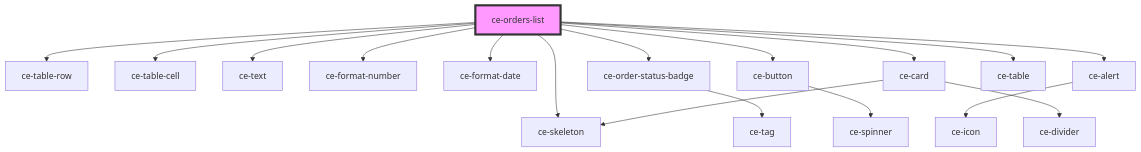
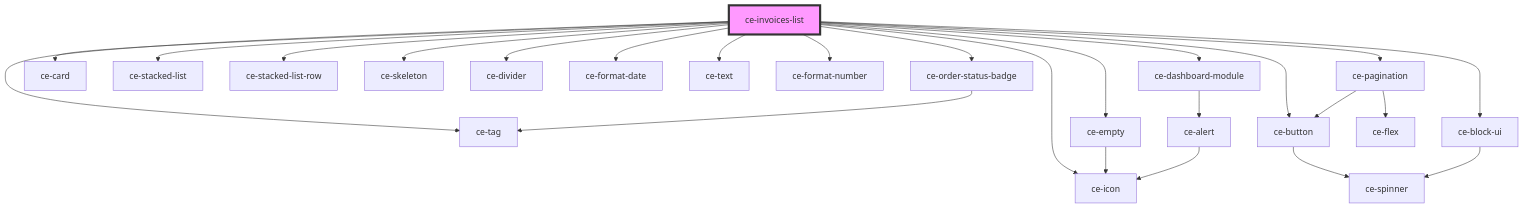
The diagram in packages/components/src/components/controllers/dashboard/invoices-list/readme.md (surecart/surecart-wp-plugin), drawn with Mermaid before and after one commit. The commit also changed other lines of this file and 118 other files, not shown here.

````diff
--- a/packages/components/src/components/controllers/dashboard/invoices-list/readme.md
+++ b/packages/components/src/components/controllers/dashboard/invoices-list/readme.md
@@ -32,20 +39,28 @@
 ```mermaid
 graph TD;
-  ce-orders-list --> ce-table-row
-  ce-orders-list --> ce-table-cell
-  ce-orders-list --> ce-skeleton
-  ce-orders-list --> ce-text
-  ce-orders-list --> ce-format-number
-  ce-orders-list --> ce-format-date
-  ce-orders-list --> ce-order-status-badge
-  ce-orders-list --> ce-button
-  ce-orders-list --> ce-alert
-  ce-orders-list --> ce-card
-  ce-orders-list --> ce-table
+  ce-invoices-list --> ce-tag
+  ce-invoices-list --> ce-order-status-badge
+  ce-invoices-list --> ce-card
+  ce-invoices-list --> ce-stacked-list
+  ce-invoices-list --> ce-stacked-list-row
+  ce-invoices-list --> ce-skeleton
+  ce-invoices-list --> ce-divider
+  ce-invoices-list --> ce-empty
+  ce-invoices-list --> ce-format-date
+  ce-invoices-list --> ce-text
+  ce-invoices-list --> ce-format-number
+  ce-invoices-list --> ce-dashboard-module
+  ce-invoices-list --> ce-button
+  ce-invoices-list --> ce-icon
+  ce-invoices-list --> ce-pagination
+  ce-invoices-list --> ce-block-ui
   ce-order-status-badge --> ce-tag
+  ce-empty --> ce-icon
+  ce-dashboard-module --> ce-alert
+  ce-alert --> ce-icon
   ce-button --> ce-spinner
-  ce-alert --> ce-icon
-  ce-card --> ce-skeleton
-  ce-card --> ce-divider
-  style ce-orders-list fill:#f9f,stroke:#333,stroke-width:4px
+  ce-pagination --> ce-flex
+  ce-pagination --> ce-button
+  ce-block-ui --> ce-spinner
+  style ce-invoices-list fill:#f9f,stroke:#333,stroke-width:4px
 ```
````
